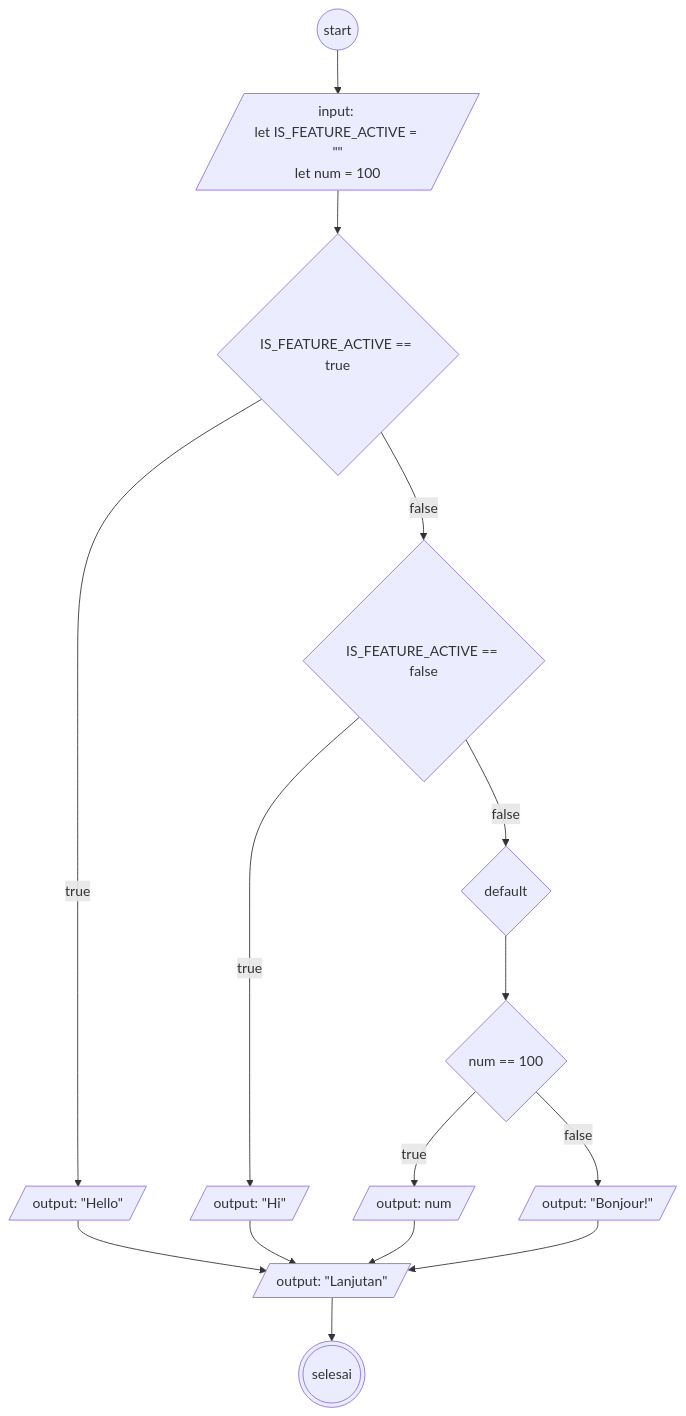
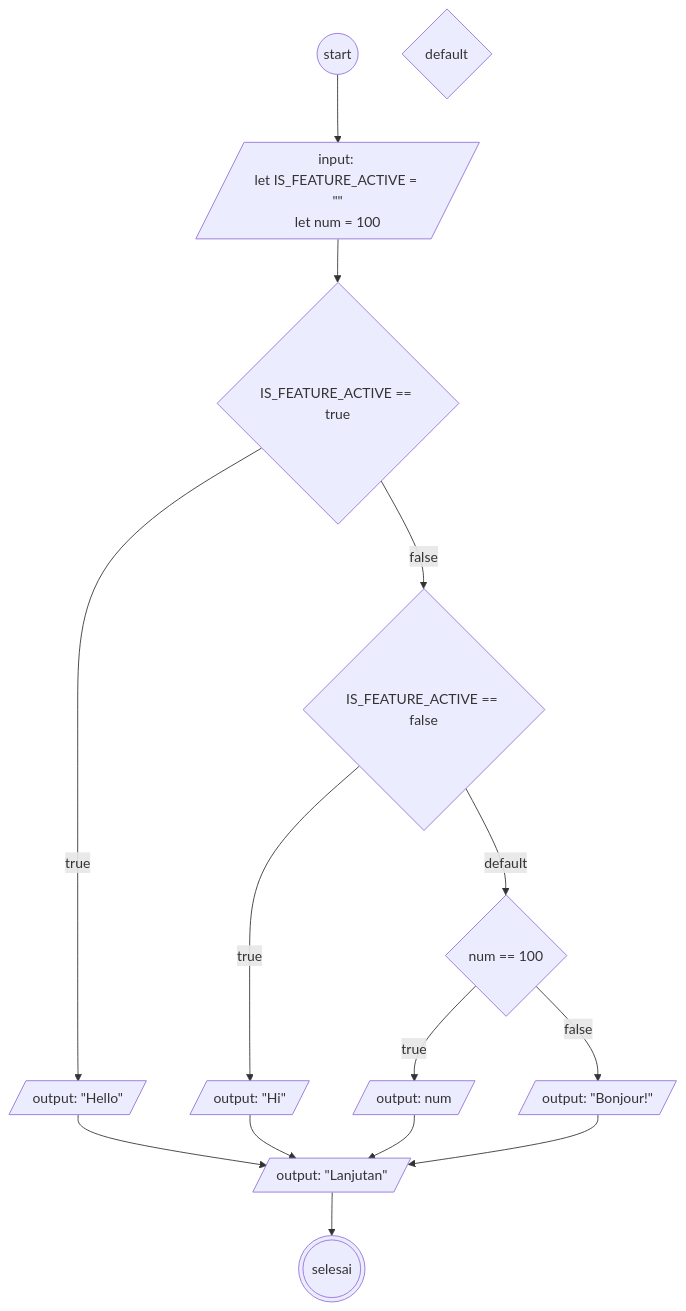
One commit to mslthn/koda-b6-javascript1 changed the diagram in flowchart-switch.md. Above: the diagram before and after it, drawn with Mermaid.

````diff
--- a/flowchart-switch.md
+++ b/flowchart-switch.md
@@ -1,34 +1,32 @@
 ```mermaid
 flowchart TD
 
 start@{shape: circ}
 init@{shape: lean-r, label: "input: 
 let IS_FEATURE_ACTIVE = #quot;#quot;
 let num = 100"}
 
 swT@{shape: diamond, label: "IS_FEATURE_ACTIVE == true"}
 swF@{shape: diamond, label: "IS_FEATURE_ACTIVE == false"}
 caseT@{shape: lean-r, label: "output: #quot;Hello#quot;"}
 caseF@{shape: lean-r, label: "output: #quot;Hi#quot;"}
 default@{shape: diamond}
 if@{shape: diamond, label: "num == 100"}
 ifT@{shape: lean-r, label: "output: num"}
 else@{shape: lean-r, label: "output: #quot;Bonjour!#quot;"}
 lanjutan@{shape: lean-r, label: "output: #quot;Lanjutan#quot;"}
 selesai@{shape: dbl-circ}
 
 start-->init
 init-->swT-->|true| caseT
 swT-->|false| swF
 swF-->|true| caseF
-swF-->|false| default
-
-default-->if
+swF-->|default| if
 if-->|true| ifT
 if-->|false| else
 caseT-->lanjutan
 caseF-->lanjutan
 ifT--> lanjutan
 else-->lanjutan
 lanjutan-->selesai
 ```
````
